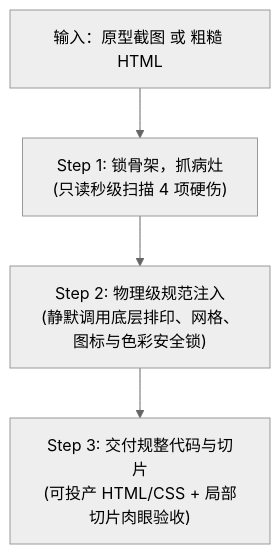
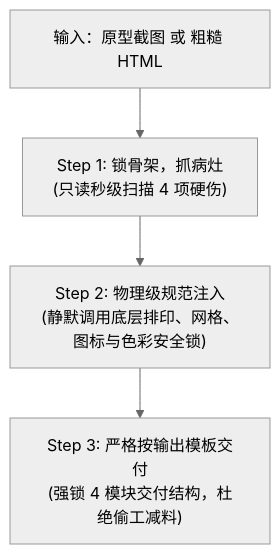
The diagram in skills/ui-refiner/SKILL.md (tenthousandmq-hash/ui-prototype-refiner), drawn with Mermaid (neutral theme) before and after one commit. The commit also changed other lines of this file and 2 other files, not shown here.

Commit message:
feat(refiner): lock output schema template, decouple screenshot dependency, enforce inline SVG

````diff
--- a/skills/ui-refiner/SKILL.md
+++ b/skills/ui-refiner/SKILL.md
@@ -28,6 +28,6 @@
 ```mermaid
 flowchart TD
     IN["输入：原型截图 或 粗糙 HTML"] --> S1["Step 1: 锁骨架，抓病灶\n(只读秒级扫描 4 项硬伤)"]
     S1 --> S2["Step 2: 物理级规范注入\n(静默调用底层排印、网格、图标与色彩安全锁)"]
-    S2 --> S3["Step 3: 交付规整代码与切片\n(可投产 HTML/CSS + 局部切片肉眼验收)"]
+    S2 --> S3["Step 3: 严格按输出模板交付\n(强锁 4 模块交付结构，杜绝偷工减料)"]
 ```
````
